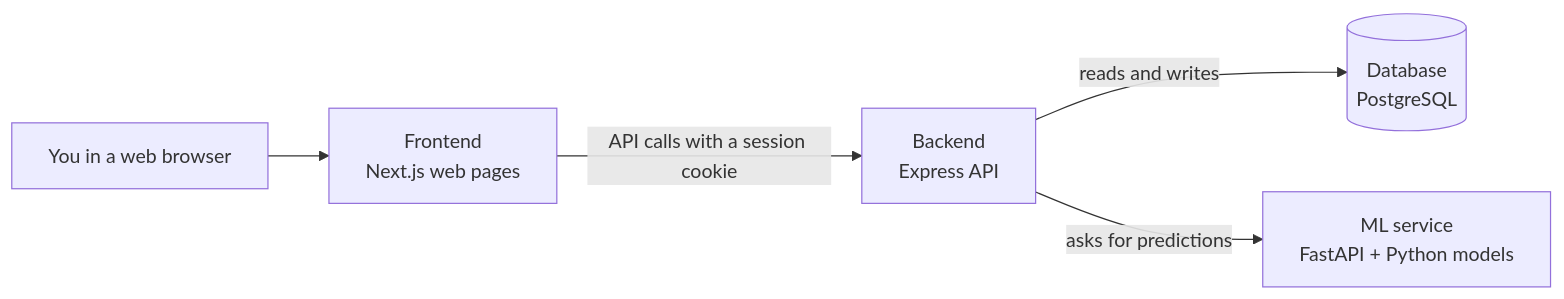
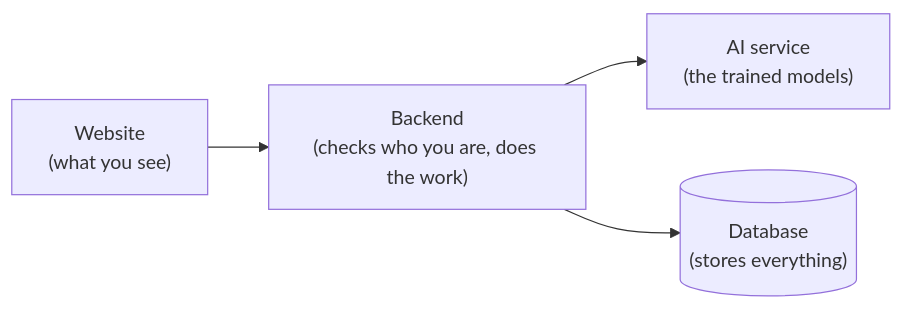
The diagram in README.md (devA1drin/dataguard-ai), drawn with Mermaid before and after one commit. The commit also changed other lines of this file and 2 other files, not shown here.

Commit message:
Docs: short beginner-friendly README; Website Scanner section, test results and the former README content moved to docs/TECHNICAL.md; optional scanner keys in .env.example

````diff
--- a/README.md
+++ b/README.md
@@ -71,7 +36,6 @@
 ```mermaid
 flowchart LR
-  U["You in a web browser"] --> FE["Frontend<br/>Next.js web pages"]
-  FE -- "API calls with a session cookie" --> BE["Backend<br/>Express API"]
-  BE -- "reads and writes" --> DB[("Database<br/>PostgreSQL")]
-  BE -- "asks for predictions" --> ML["ML service<br/>FastAPI + Python models"]
+  W["Website<br/>(what you see)"] --> B["Backend<br/>(checks who you are, does the work)"]
+  B --> AI["AI service<br/>(the trained models)"]
+  B --> D[("Database<br/>(stores everything)")]
 ```
````
